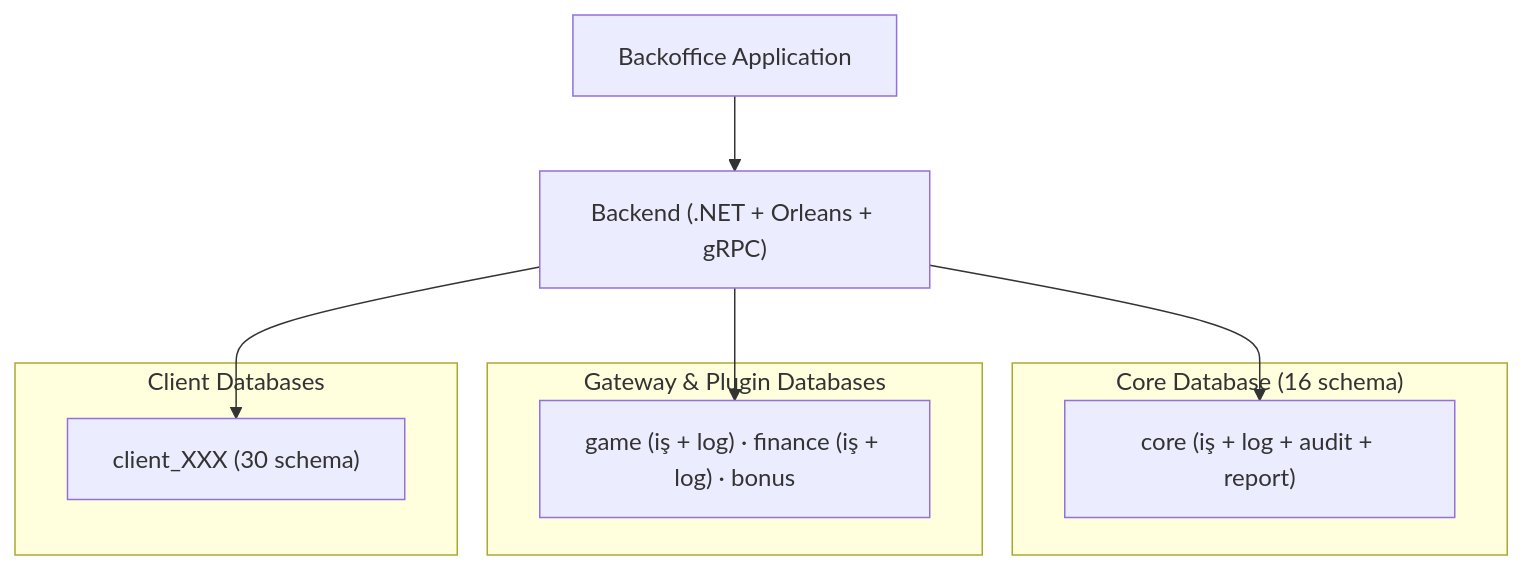
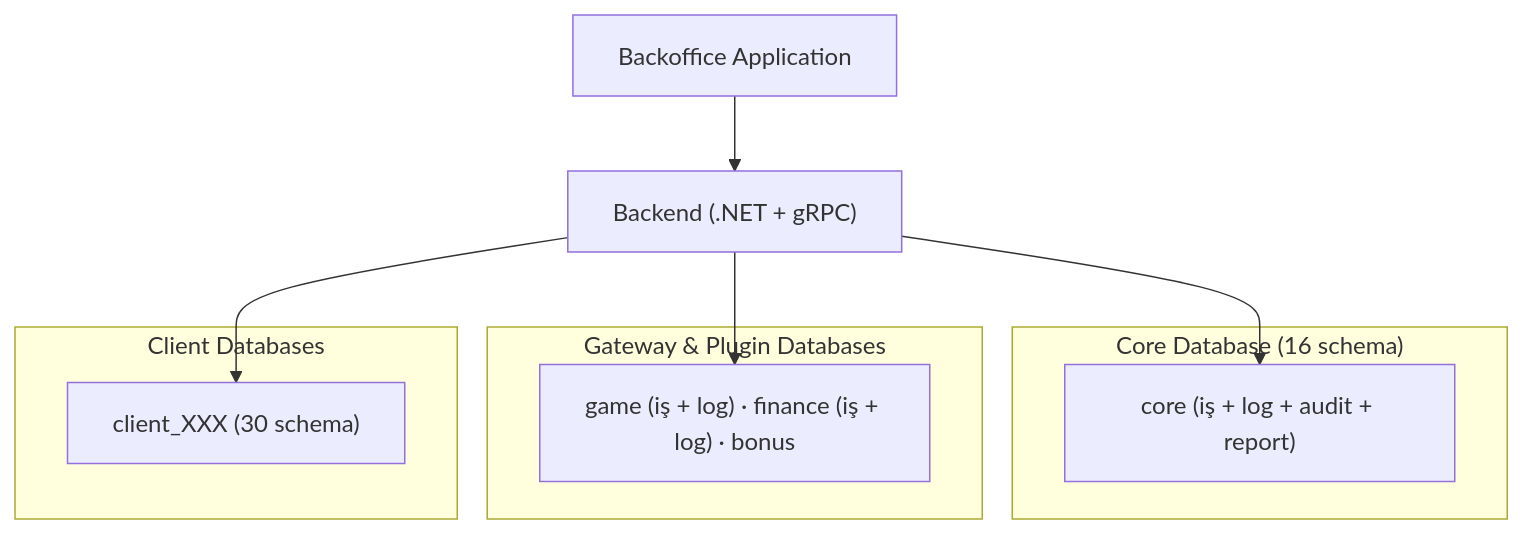
One commit to frhtshn/One.DB changed the first of 5 diagrams in .docs/reference/PROJECT_OVERVIEW.md. Above: the diagram before and after it, drawn with Mermaid. The commit also changed 12 other files, not shown here.

````diff
--- a/.docs/reference/PROJECT_OVERVIEW.md
+++ b/.docs/reference/PROJECT_OVERVIEW.md
@@ -56,18 +56,18 @@
 ```mermaid
 flowchart TD
     BO["Backoffice Application"]
-    BE["Backend (.NET + Orleans + gRPC)"]
+    BE["Backend (.NET + gRPC)"]
     BO --> BE
     subgraph core["Core Database (16 schema)"]
         CD["core (iş + log + audit + report)"]
     end
     subgraph gateway["Gateway & Plugin Databases"]
         GD["game (iş + log) · finance (iş + log) · bonus"]
     end
     subgraph client["Client Databases"]
         TD2["client_XXX (30 schema)"]
     end
     BE --> CD
     BE --> GD
     BE --> TD2
 ```
````
